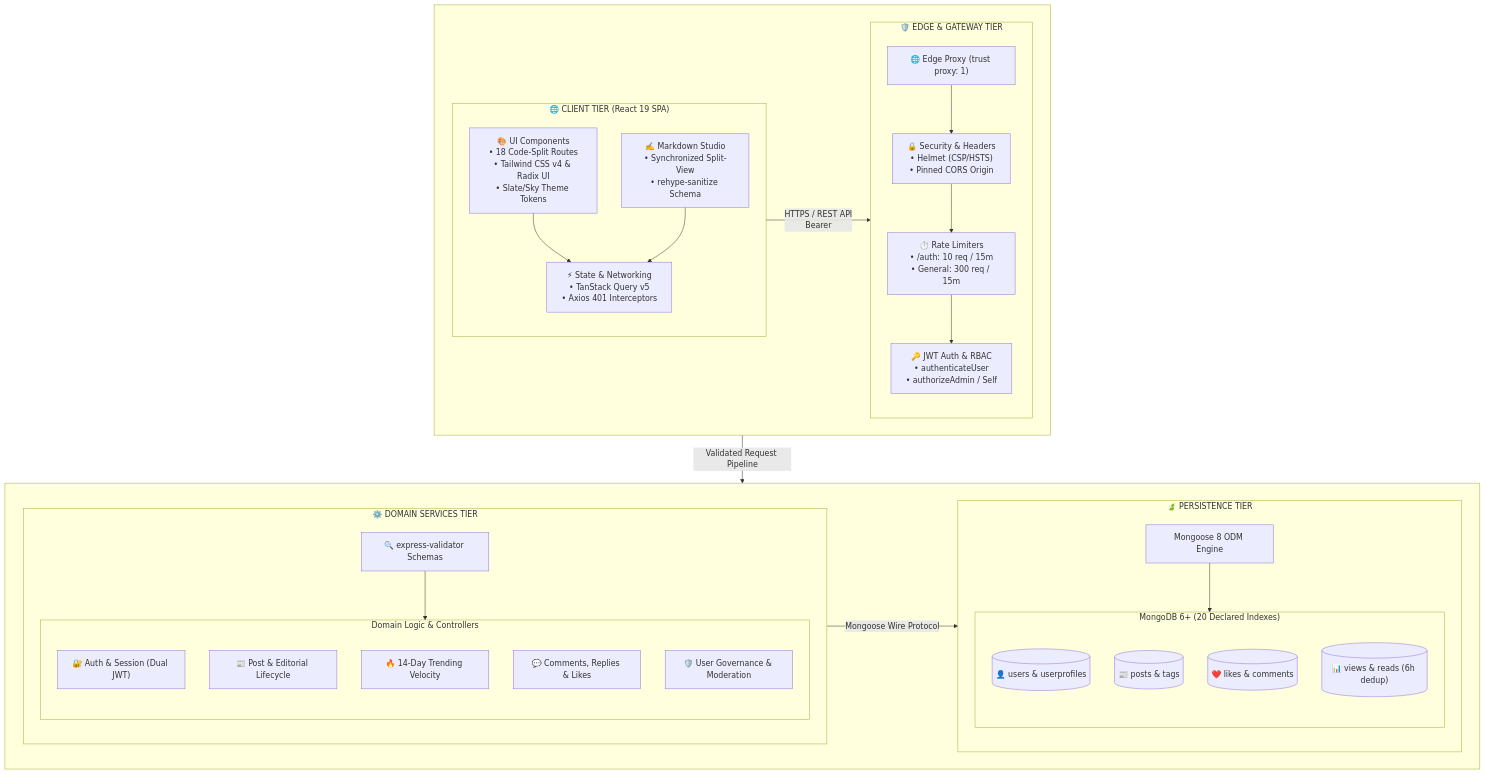
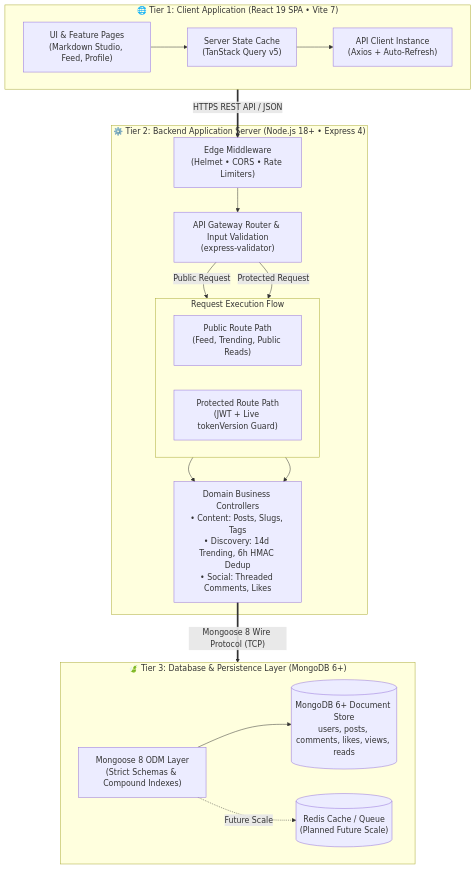
The diagram in README.md (Purvesh-PJ/bloghub), drawn with Mermaid before and after one commit. The commit also changed other lines of this file and 2 other files, not shown here.

Commit message:
docs(arch): add system architecture specification and decoupled 3-tier diagram

````diff
--- a/README.md
+++ b/README.md
@@ -146,58 +148,54 @@
 ```mermaid
-flowchart TB
-    subgraph TopRow[" "]
+flowchart TD
+    %% ===================================================
+    %% TIER 1: CLIENT TIER (React 19 SPA)
+    %% ===================================================
+    subgraph Tier1["🌐 Tier 1: Client Application (React 19 SPA • Vite 7)"]
         direction LR
-        subgraph ClientTier["🌐 CLIENT TIER (React 19 SPA)"]
-            direction TB
-            UI["🎨 UI Components\n• 18 Code-Split Routes\n• Tailwind CSS v4 & Radix UI\n• Slate/Sky Theme Tokens"]
-            Editor["✍️ Markdown Studio\n• Synchronized Split-View\n• rehype-sanitize Schema"]
-            ClientState["⚡ State & Networking\n• TanStack Query v5\n• Axios 401 Interceptors"]
-            UI & Editor --> ClientState
+        UI["UI & Feature Pages<br/>(Markdown Studio, Feed, Profile)"]
+        Cache["Server State Cache<br/>(TanStack Query v5)"]
+        Http["API Client Instance<br/>(Axios + Auto-Refresh)"]
+        UI --> Cache --> Http
+    end
+
+    %% Network Transport Boundary
+    Http ==>|"HTTPS REST API / JSON"| Ingress
+
+    %% ===================================================
+    %% TIER 2: SERVER APPLICATION TIER (Express 4)
+    %% ===================================================
+    subgraph Tier2["⚙️ Tier 2: Backend Application Server (Node.js 18+ • Express 4)"]
+        Ingress["Edge Middleware<br/>(Helmet • CORS • Rate Limiters)"]
+        Router["API Gateway Router & Input Validation<br/>(express-validator)"]
+
+        subgraph Pipeline["Request Execution Flow"]
+            direction LR
+            PublicPath["Public Route Path<br/>(Feed, Trending, Public Reads)"]
+            AuthGuard["Protected Route Path<br/>(JWT + Live tokenVersion Guard)"]
         end
 
-        subgraph GatewayTier["🛡️ EDGE & GATEWAY TIER"]
-            direction TB
-            Proxy["🌐 Edge Proxy (trust proxy: 1)"]
-            SecMW["🔒 Security & Headers\n• Helmet (CSP/HSTS)\n• Pinned CORS Origin"]
-            Rate["⏱️ Rate Limiters\n• /auth: 10 req / 15m\n• General: 300 req / 15m"]
-            AuthMW["🔑 JWT Auth & RBAC\n• authenticateUser\n• authorizeAdmin / Self"]
-            Proxy --> SecMW --> Rate --> AuthMW
-        end
+        Controllers["Domain Business Controllers<br/>• Content: Posts, Slugs, Tags<br/>• Discovery: 14d Trending, 6h HMAC Dedup<br/>• Social: Threaded Comments, Likes"]
+
+        Ingress --> Router
+        Router -->|"Public Request"| PublicPath
+        Router -->|"Protected Request"| AuthGuard
+        PublicPath --> Controllers
+        AuthGuard --> Controllers
     end
 
-    subgraph BottomRow[" "]
+    %% Database Transport Boundary
+    Controllers ==>|"Mongoose 8 Wire Protocol (TCP)"| ODM
+
+    %% ===================================================
+    %% TIER 3: DATABASE TIER (MongoDB 6+)
+    %% ===================================================
+    subgraph Tier3["🍃 Tier 3: Database & Persistence Layer (MongoDB 6+)"]
         direction LR
-        subgraph ServicesTier["⚙️ DOMAIN SERVICES TIER"]
-            direction TB
-            Validators["🔍 express-validator Schemas"]
+        ODM["Mongoose 8 ODM Layer<br/>(Strict Schemas & Compound Indexes)"]
+        DB[("MongoDB 6+ Document Store<br/>users, posts, comments, likes, views, reads")]
+        Redis[("Redis Cache / Queue<br/>(Planned Future Scale)")]
 
-            subgraph DomainEngines["Domain Logic & Controllers"]
-                direction TB
-                AuthSvc["🔐 Auth & Session (Dual JWT)"]
-                PostSvc["📰 Post & Editorial Lifecycle"]
-                TrendSvc["🔥 14-Day Trending Velocity"]
-                SocialSvc["💬 Comments, Replies & Likes"]
-                AdminSvc["🛡️ User Governance & Moderation"]
-            end
-            Validators --> DomainEngines
-        end
-
-        subgraph PersistenceTier["🍃 PERSISTENCE TIER"]
-            direction TB
-            ODM["Mongoose 8 ODM Engine"]
-
-            subgraph DBCollections["MongoDB 6+ (20 Declared Indexes)"]
-                direction TB
-                C_Users[("👤 users & userprofiles")]
-                C_Posts[("📰 posts & tags")]
-                C_Social[("❤️ likes & comments")]
-                C_Metrics[("📊 views & reads (6h dedup)")]
-            end
-            ODM --> DBCollections
-        end
+        ODM --> DB
+        ODM -.->|"Future Scale"| Redis
     end
-
-    ClientState -->|"HTTPS / REST API\nBearer <accessToken>"| Proxy
-    AuthMW -->|"Validated Request Pipeline"| Validators
-    DomainEngines -->|"Mongoose Wire Protocol"| ODM
 ```
````
